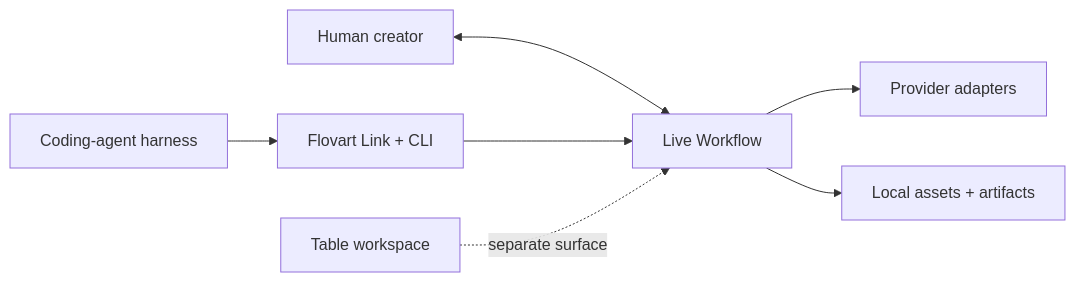
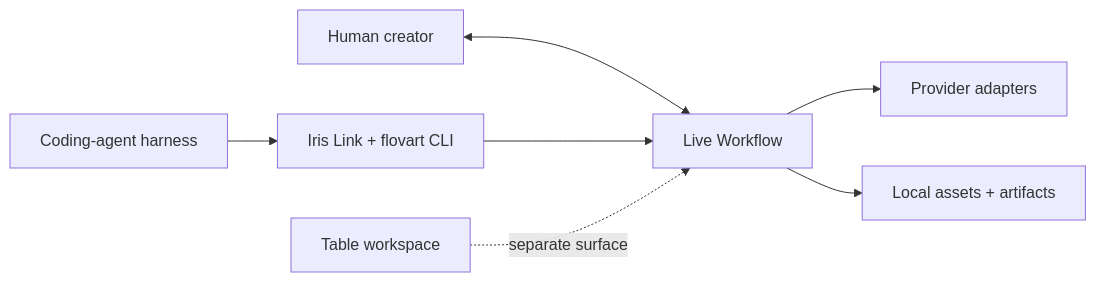
The diagram in README.md (avabbbb/Flovart), drawn with Mermaid before and after one commit. The commit also changed other lines of this file and 11 other files, not shown here.

First line of the commit message:
brand: rename public product from Flovart to Iris (#22)

````diff
--- a/README.md
+++ b/README.md
@@ -304,9 +308,9 @@
 ```mermaid
 flowchart LR
   H["Human creator"] <--> W["Live Workflow"]
-  A["Coding-agent harness"] --> L["Flovart Link + CLI"]
+  A["Coding-agent harness"] --> L["Iris Link + flovart CLI"]
   L --> W
   W --> P["Provider adapters"]
   W --> R["Local assets + artifacts"]
   T["Table workspace"] -. separate surface .-> W
 ```
````
